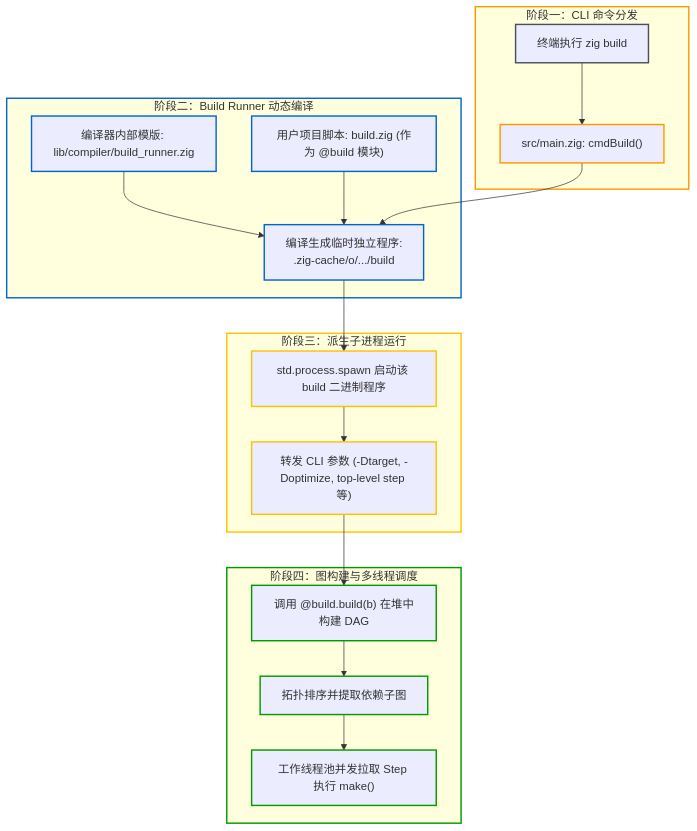
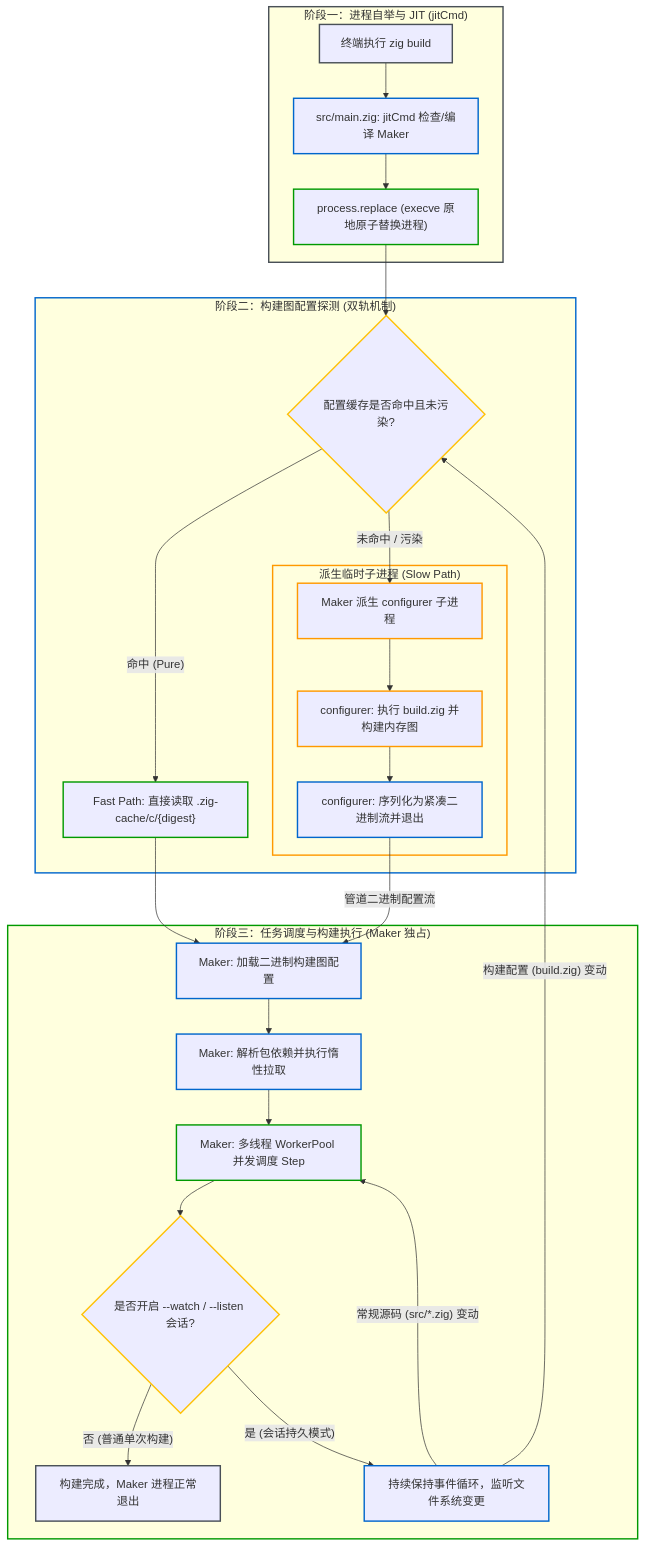
The diagram in zig-build/src/internals/build-runner-internals.md (jiacai2050/x), drawn with Mermaid before and after one commit. The commit also changed other lines of this file and 37 other files, not shown here.

Commit message:
zig-build upgrade to 0.17 (#52)

````diff
--- a/zig-build/src/internals/build-runner-internals.md
+++ b/zig-build/src/internals/build-runner-internals.md
@@ -11,50 +13,64 @@
 ```mermaid
-graph TD
-    subgraph S_CLI ["阶段一：CLI 命令分发"]
-        C_Cmd["终端执行 zig build"]
-        C_Route["src/main.zig: cmdBuild()"]
-        C_Cmd --> C_Route
+flowchart TD
+    subgraph Entrance ["阶段一：进程自举与 JIT (jitCmd)"]
+        User["终端执行 zig build"]
+        Jit["src/main.zig: jitCmd 检查/编译 Maker"]
+        Exec["process.replace (execve 原地原子替换进程)"]
+        User --> Jit --> Exec
     end
 
-    subgraph S_CompileRunner ["阶段二：Build Runner 动态编译"]
-        R_Entry["编译器内部模版: lib/compiler/build_runner.zig"]
-        R_User["用户项目脚本: build.zig (作为 @build 模块)"]
-        R_Bin["编译生成临时独立程序:<br/>.zig-cache/o/.../build"]
-        R_Entry --> R_Bin
-        R_User --> R_Bin
+    subgraph ConfigPhase ["阶段二：构建图配置探测 (双轨机制)"]
+        Check{"配置缓存是否命中且未污染?"}
+        FastPath["Fast Path: 直接读取 .zig-cache/c/{digest}"]
+
+        subgraph SubConf ["派生临时子进程 (Slow Path)"]
+            Spawn["Maker 派生 configurer 子进程"]
+            Eval["configurer: 执行 build.zig 并构建内存图"]
+            Dump["configurer: 序列化为紧凑二进制流并退出"]
+            Spawn --> Eval --> Dump
+        end
+
+        Check -- "命中 (Pure)" --> FastPath
+        Check -- "未命中 / 污染" --> Spawn
     end
 
-    subgraph S_Spawn ["阶段三：派生子进程运行"]
-        P_Spawn["std.process.spawn 启动该 build 二进制程序"]
-        P_Args["转发 CLI 参数 (-Dtarget, -Doptimize, top-level step 等)"]
-        P_Spawn --> P_Args
+    subgraph MakePhase ["阶段三：任务调度与构建执行 (Maker 独占)"]
+        LoadGraph["Maker: 加载二进制构建图配置"]
+        ResolveDeps["Maker: 解析包依赖并执行惰性拉取"]
+        ExecSteps["Maker: 多线程 WorkerPool 并发调度 Step"]
+        ExitCheck{"是否开启 --watch / --listen 会话?"}
+        Term["构建完成，Maker 进程正常退出"]
+        Session["持续保持事件循环，监听文件系统变更"]
+
+        LoadGraph --> ResolveDeps --> ExecSteps --> ExitCheck
+        ExitCheck -- "否 (普通单次构建)" --> Term
+        ExitCheck -- "是 (会话持久模式)" --> Session
     end
 
-    subgraph S_Exec ["阶段四：图构建与多线程调度"]
-        E_Build["调用 @build.build(b) 在堆中构建 DAG"]
-        E_Topo["拓扑排序并提取依赖子图"]
-        E_Pool["工作线程池并发拉取 Step 执行 make()"]
-        E_Build --> E_Topo
-        E_Topo --> E_Pool
-    end
+    Exec --> Check
+    FastPath --> LoadGraph
+    Dump -- "管道二进制配置流" --> LoadGraph
 
-    C_Route --> R_Bin
-    R_Bin --> P_Spawn
-    P_Args --> E_Build
+    %% 会话持久模式下的事件分流回环
+    Session -- "常规源码 (src/*.zig) 变动" --> ExecSteps
+    Session -- "构建配置 (build.zig) 变动" --> Check
 
-    classDef default stroke:#495057;
-    style S_CLI stroke:#ff9900,stroke-width:2px;
-    style S_CompileRunner stroke:#0066cc,stroke-width:2px;
-    style S_Spawn stroke:#ffc107,stroke-width:2px;
-    style S_Exec stroke:#009900,stroke-width:2px;
-    style C_Cmd stroke:#495057,stroke-width:2px;
-    style C_Route stroke:#ff9900,stroke-width:2px;
-    style R_Entry stroke:#0066cc,stroke-width:2px;
-    style R_User stroke:#0066cc,stroke-width:2px;
-    style R_Bin stroke:#0066cc,stroke-width:2px;
-    style P_Spawn stroke:#ffc107,stroke-width:2px;
-    style P_Args stroke:#ffc107,stroke-width:2px;
-    style E_Build stroke:#009900,stroke-width:2px;
-    style E_Topo stroke:#009900,stroke-width:2px;
-    style E_Pool stroke:#009900,stroke-width:2px;
+    style Entrance stroke:#495057,stroke-width:2px;
+    style ConfigPhase stroke:#0066cc,stroke-width:2px;
+    style SubConf stroke:#ff9900,stroke-width:2px;
+    style MakePhase stroke:#009900,stroke-width:2px;
+    style User stroke:#495057,stroke-width:2px;
+    style Jit stroke:#0066cc,stroke-width:2px;
+    style Exec stroke:#009900,stroke-width:2px;
+    style Check stroke:#ffc107,stroke-width:2px;
+    style FastPath stroke:#009900,stroke-width:2px;
+    style Spawn stroke:#ff9900,stroke-width:2px;
+    style Eval stroke:#ff9900,stroke-width:2px;
+    style Dump stroke:#0066cc,stroke-width:2px;
+    style LoadGraph stroke:#0066cc,stroke-width:2px;
+    style ResolveDeps stroke:#0066cc,stroke-width:2px;
+    style ExecSteps stroke:#009900,stroke-width:2px;
+    style ExitCheck stroke:#ffc107,stroke-width:2px;
+    style Term stroke:#495057,stroke-width:2px;
+    style Session stroke:#0066cc,stroke-width:2px;
 ```
````
